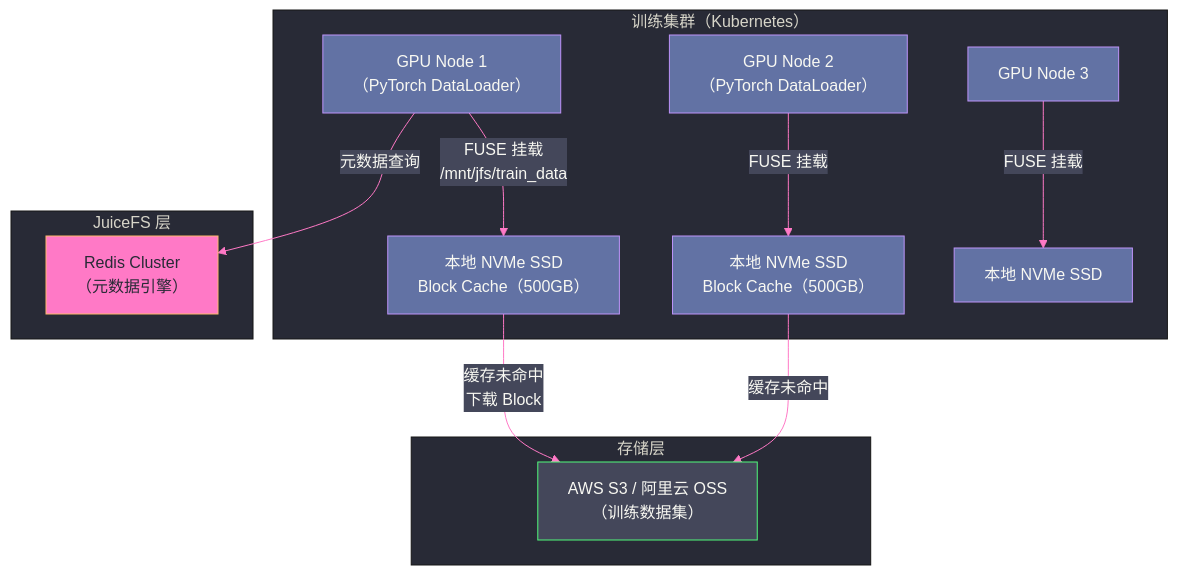
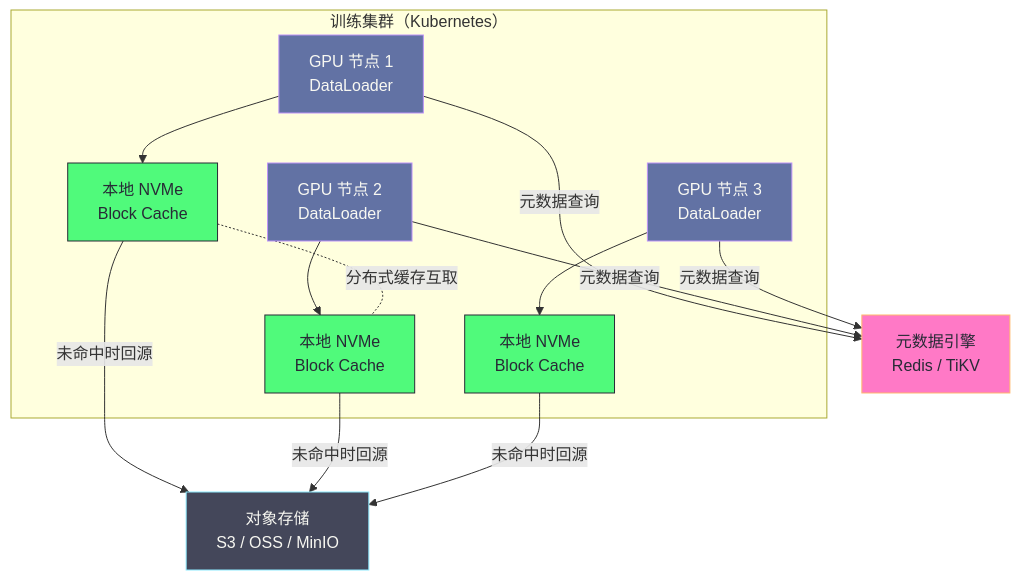
The first of 4 diagrams in content/中间件/JuiceFS/04 JuiceFS 在大数据场景的应用.md (hpliStartAgain/my-brain), drawn with Mermaid before and after one commit. The commit also changed other lines of this file and 56 other files, not shown here.

````diff
--- a/content/中间件/JuiceFS/04 JuiceFS 在大数据场景的应用.md
+++ b/content/中间件/JuiceFS/04 JuiceFS 在大数据场景的应用.md
@@ -119,34 +195,34 @@
 ```mermaid
-%%{init: {'theme': 'base', 'themeVariables': {'primaryColor': '#6272a4', 'primaryTextColor': '#f8f8f2', 'primaryBorderColor': '#bd93f9', 'lineColor': '#ff79c6', 'secondaryColor': '#44475a', 'tertiaryColor': '#282a36'}}}%%
+%%{init: {'theme': 'dracula'}}%%
 graph TD
-    subgraph "训练集群（Kubernetes）"
-        GPU1["GPU Node 1</br>（PyTorch DataLoader）"]
-        GPU2["GPU Node 2</br>（PyTorch DataLoader）"]
-        GPU3["GPU Node 3"]
-        CACHE1["本地 NVMe SSD</br>Block Cache（500GB）"]
-        CACHE2["本地 NVMe SSD</br>Block Cache（500GB）"]
-        CACHE3["本地 NVMe SSD"]
+    subgraph TRAIN["训练集群（Kubernetes）"]
+        G1["GPU 节点 1<br/>DataLoader"]
+        G2["GPU 节点 2<br/>DataLoader"]
+        G3["GPU 节点 3<br/>DataLoader"]
+        C1["本地 NVMe<br/>Block Cache"]
+        C2["本地 NVMe<br/>Block Cache"]
+        C3["本地 NVMe<br/>Block Cache"]
     end
+    META["元数据引擎<br/>Redis / TiKV"]
+    OBJ["对象存储<br/>S3 / OSS / MinIO"]
 
-    subgraph "JuiceFS 层"
-        META["Redis Cluster</br>（元数据引擎）"]
-    end
-
-    subgraph "存储层"
-        S3["AWS S3 / 阿里云 OSS</br>（训练数据集）"]
-    end
-
-    GPU1 -- "FUSE 挂载</br>/mnt/jfs/train_data" --> CACHE1
-    GPU2 -- "FUSE 挂载" --> CACHE2
-    GPU3 -- "FUSE 挂载" --> CACHE3
-    GPU1 -- "元数据查询" --> META
-    CACHE1 -- "缓存未命中</br>下载 Block" --> S3
-    CACHE2 -- "缓存未命中" --> S3
+    G1 -- "元数据查询" --> META
+    G2 -- "元数据查询" --> META
+    G3 -- "元数据查询" --> META
+    G1 --> C1
+    G2 --> C2
+    G3 --> C3
+    C1 -- "未命中时回源" --> OBJ
+    C2 -- "未命中时回源" --> OBJ
+    C3 -- "未命中时回源" --> OBJ
+    C1 -. "分布式缓存互取" .- C2
 
     classDef gpu fill:#6272a4,stroke:#bd93f9,color:#f8f8f2
-    classDef juice fill:#ff79c6,stroke:#ffb86c,color:#282a36
-    classDef storage fill:#44475a,stroke:#50fa7b,color:#f8f8f2
-    class GPU1,GPU2,GPU3,CACHE1,CACHE2,CACHE3 gpu
-    class META juice
-    class S3 storage
+    classDef cache fill:#50fa7b,stroke:#282a36,color:#282a36
+    classDef meta fill:#ff79c6,stroke:#ffb86c,color:#282a36
+    classDef obj fill:#44475a,stroke:#8be9fd,color:#f8f8f2
+    class G1,G2,G3 gpu
+    class C1,C2,C3 cache
+    class META meta
+    class OBJ obj
 ```
````
